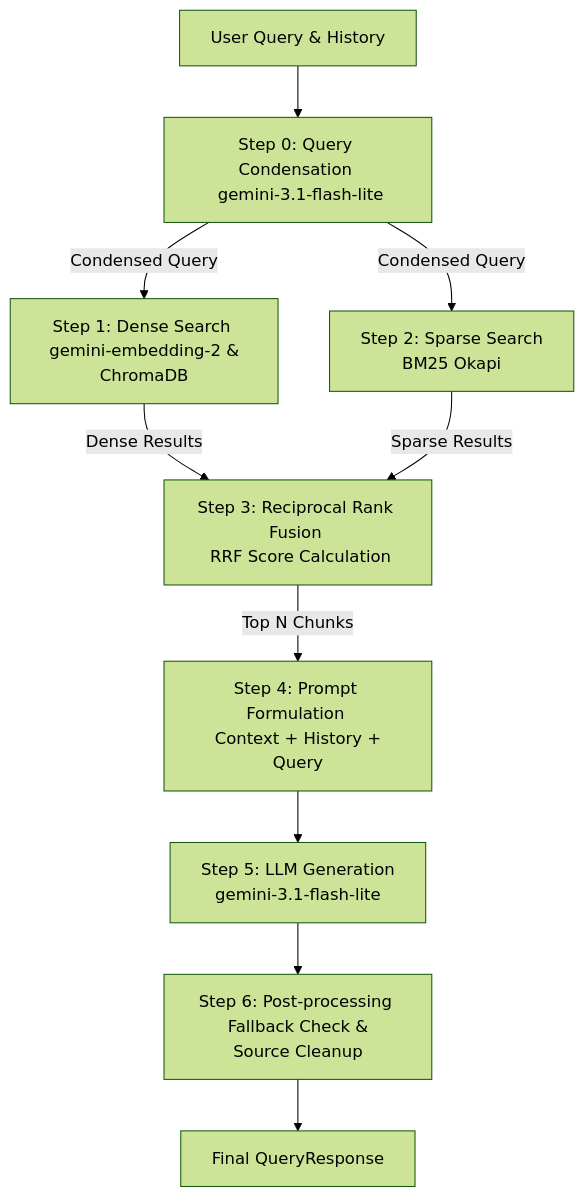
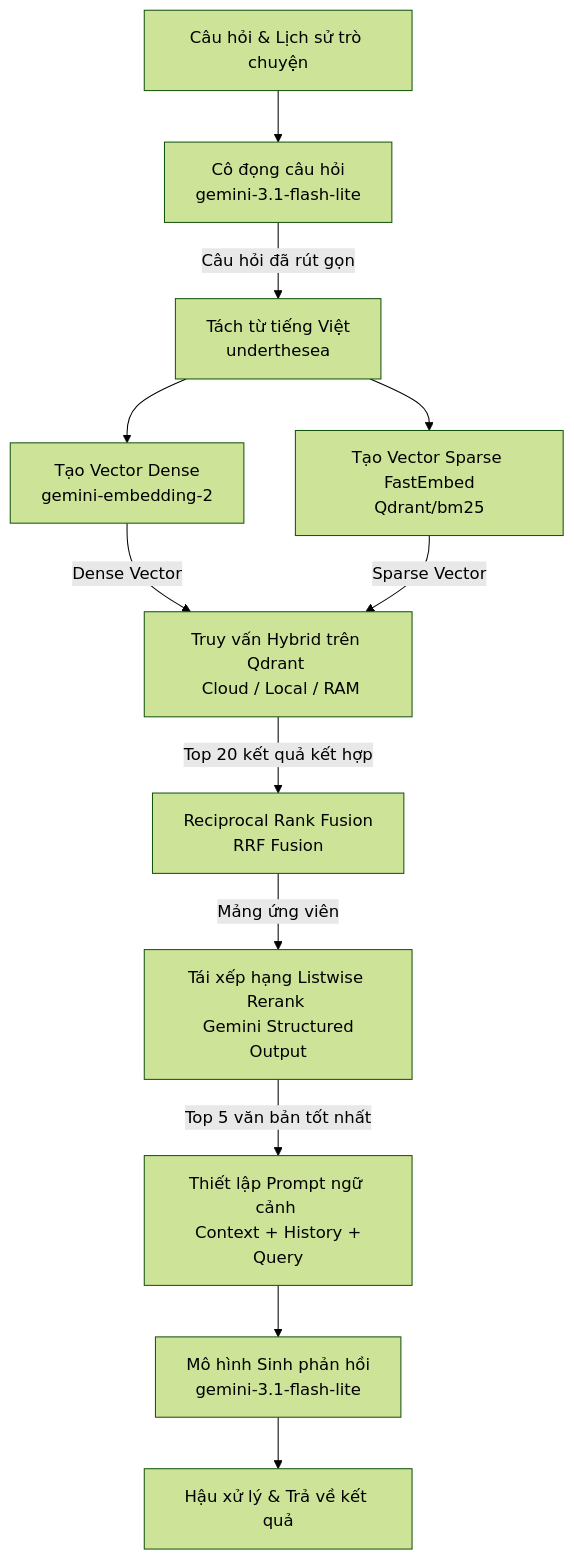
The diagram in README.md (VictorNguyenLPN/Legal-RAG), drawn with Mermaid (forest theme) before and after one commit. The commit also changed other lines of this file and 23 other files, not shown here.

````diff
--- a/README.md
+++ b/README.md
@@ -63,12 +68,14 @@
 ```mermaid
 graph TD
-    A[User Query & History] --> B[Step 0: Query Condensation <br/> gemini-3.1-flash-lite]
-    B -->|Condensed Query| C1[Step 1: Dense Search <br/> gemini-embedding-2 & ChromaDB]
-    B -->|Condensed Query| C2[Step 2: Sparse Search <br/> BM25 Okapi]
-    C1 -->|Dense Results| D[Step 3: Reciprocal Rank Fusion <br/> RRF Score Calculation]
-    C2 -->|Sparse Results| D
-    D -->|Top N Chunks| E[Step 4: Prompt Formulation <br/> Context + History + Query]
-    E --> F[Step 5: LLM Generation <br/> gemini-3.1-flash-lite]
-    F --> G[Step 6: Post-processing <br/> Fallback Check & Source Cleanup]
-    G --> H[Final QueryResponse]
+    A[Câu hỏi & Lịch sử trò chuyện] --> B[Cô đọng câu hỏi <br/> gemini-3.1-flash-lite]
+    B -->|Câu hỏi đã rút gọn| C[Tách từ tiếng Việt <br/> underthesea]
+    C --> C1[Tạo Vector Dense <br/> gemini-embedding-2]
+    C --> C2[Tạo Vector Sparse <br/> FastEmbed Qdrant/bm25]
+    C1 -->|Dense Vector| D[Truy vấn Hybrid trên Qdrant <br/> Cloud / Local / RAM]
+    C2 -->|Sparse Vector| D
+    D -->|Top 20 kết quả kết hợp| E[Reciprocal Rank Fusion <br/> RRF Fusion]
+    E -->|Mảng ứng viên| F[Tái xếp hạng Listwise Rerank <br/> Gemini Structured Output]
+    F -->|Top 5 văn bản tốt nhất| G[Thiết lập Prompt ngữ cảnh <br/> Context + History + Query]
+    G --> H[Mô hình Sinh phản hồi <br/> gemini-3.1-flash-lite]
+    H --> I[Hậu xử lý & Trả về kết quả]
 ```
````
